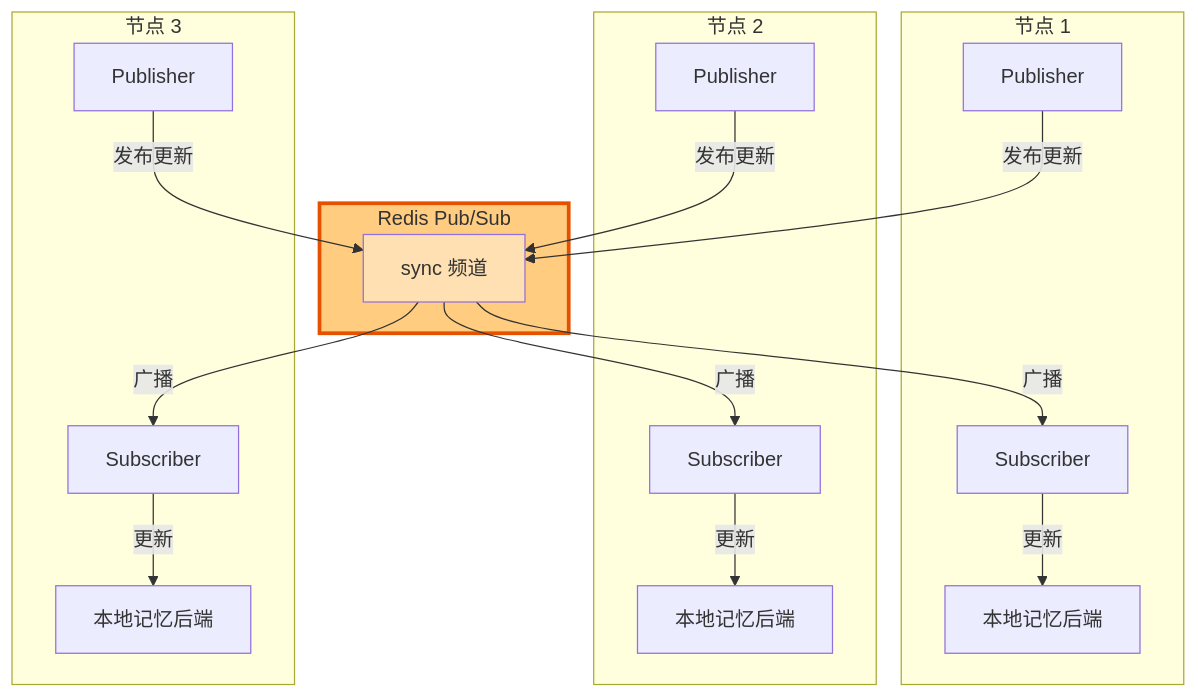
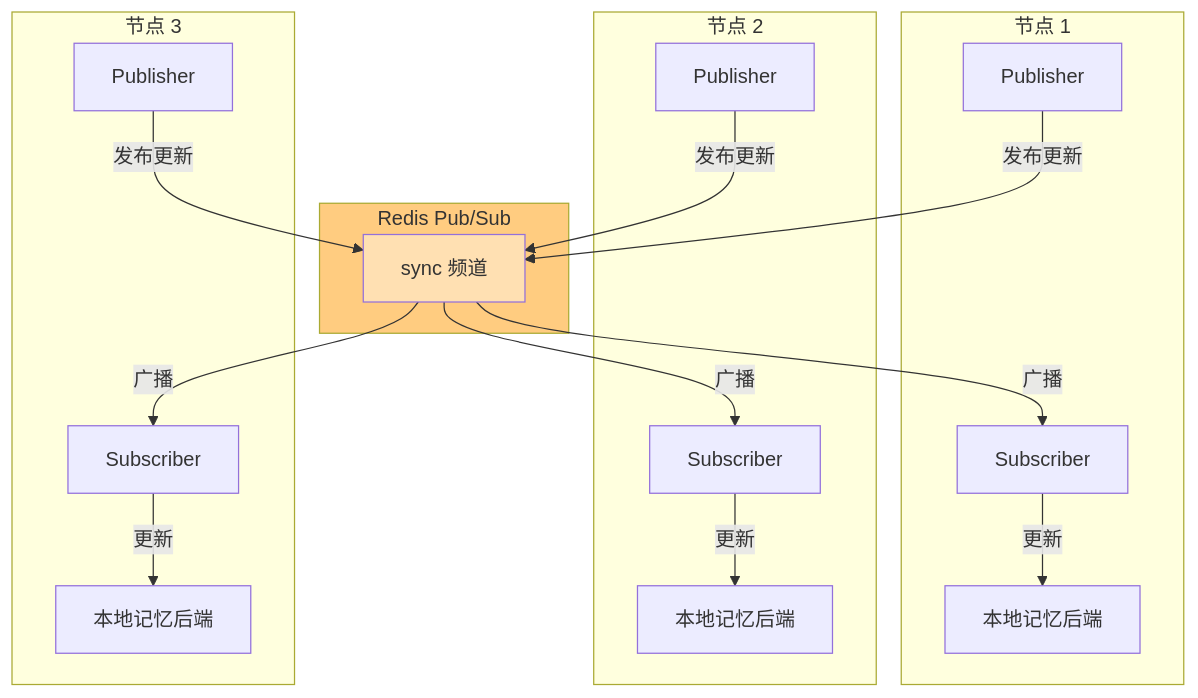
Before and after one commit to jeffery9/intentOS: diagram 11 of 16 in papers/Architecture_Diagrams.md, drawn with Mermaid. The commit also changed other lines of this file, not shown here.

First line of the commit message:
docs: 修复 Mermaid 图表语法错误

````diff
--- a/papers/Architecture_Diagrams.md
+++ b/papers/Architecture_Diagrams.md
@@ -384,39 +384,39 @@
 ```mermaid
 flowchart TB
     subgraph Node1["节点 1"]
         LocalMem1[本地记忆后端]
         Pub1[Publisher]
         Sub1[Subscriber]
     end
     
     subgraph Node2["节点 2"]
         LocalMem2[本地记忆后端]
         Pub2[Publisher]
         Sub2[Subscriber]
     end
     
     subgraph Node3["节点 3"]
         LocalMem3[本地记忆后端]
         Pub3[Publisher]
         Sub3[Subscriber]
     end
     
     subgraph Redis["Redis Pub/Sub"]
         Channel[sync 频道]
     end
     
     Pub1 -->|发布更新 | Channel
     Pub2 -->|发布更新 | Channel
     Pub3 -->|发布更新 | Channel
     
     Channel -->|广播 | Sub1
     Channel -->|广播 | Sub2
     Channel -->|广播 | Sub3
     
     Sub1 -->|更新 | LocalMem1
     Sub2 -->|更新 | LocalMem2
     Sub3 -->|更新 | LocalMem3
     
-    style Redis fill:#ffcc80,stroke:#e65100,stroke-width:3px
+    style Redis fill:#ffcc80
     style Channel fill:#ffe0b2
 ```
````
